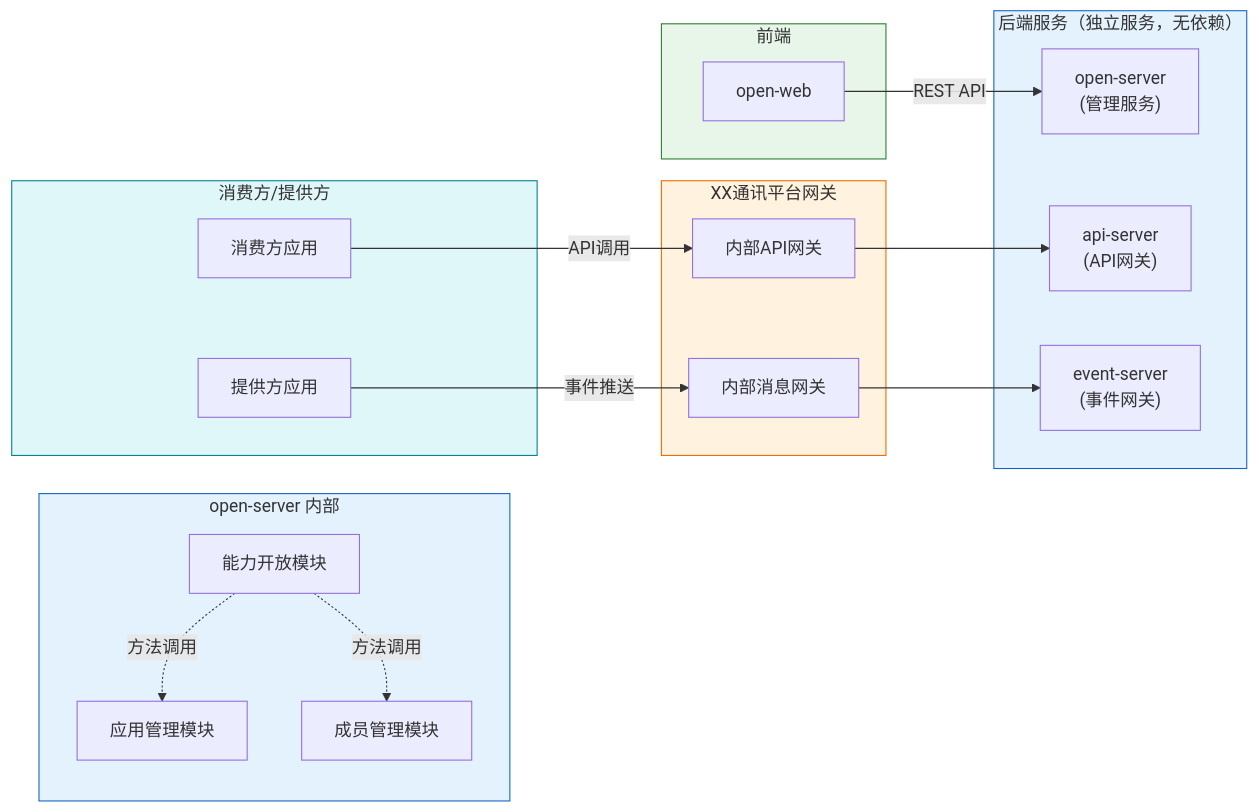
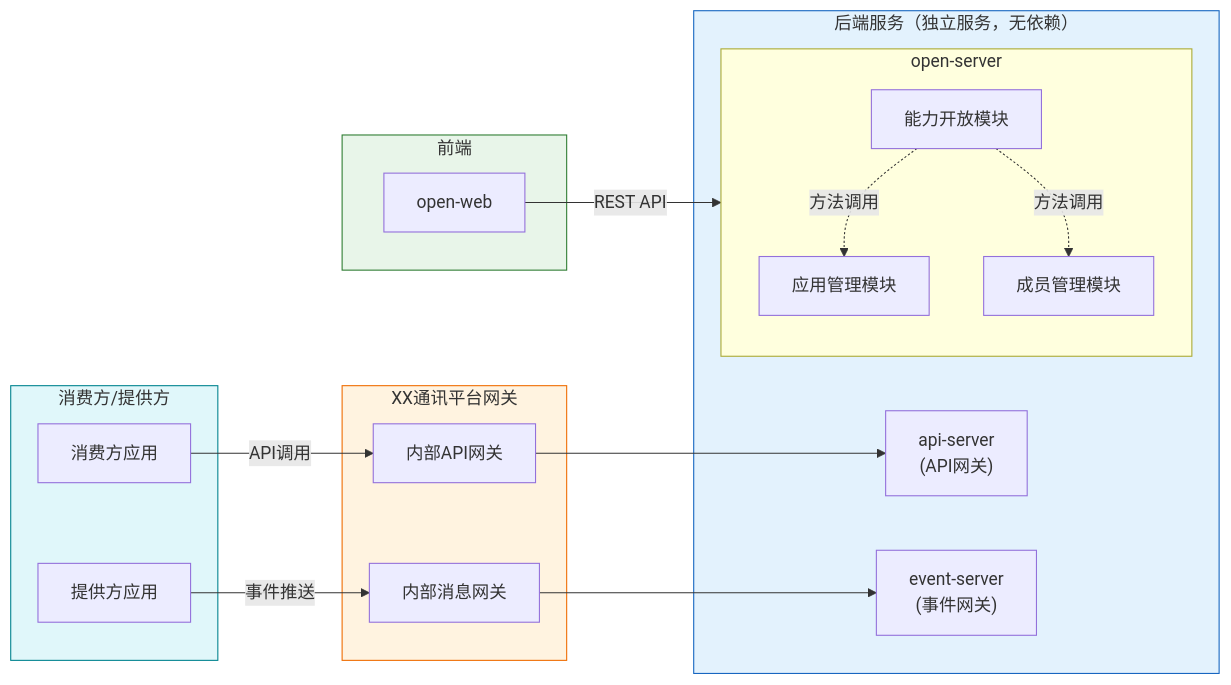
The seventh of 8 diagrams in .sddu/specs-tree-root/specs-tree-capability-open-platform/plan.md (THZSummer/open-app), drawn with Mermaid before and after one commit. The commit also changed other lines of this file, not shown here.

First line of the commit message:
refactor(plan): 简化架构图，合并重复的open-server节点

````diff
--- a/.sddu/specs-tree-root/specs-tree-capability-open-platform/plan.md
+++ b/.sddu/specs-tree-root/specs-tree-capability-open-platform/plan.md
@@ -717,47 +711,44 @@
 ```mermaid
 graph LR
     subgraph Frontend["前端"]
         OpenWeb["open-web"]
     end
     
-    subgraph OpenServerInternal["open-server 内部"]
-        CapMgmt["能力开放模块"]
-        AppMgmt["应用管理模块"]
-        Member["成员管理模块"]
-    end
-    
     subgraph Services["后端服务（独立服务，无依赖）"]
-        OpenServer["open-server\n(管理服务)"]
+        subgraph OpenServer["open-server"]
+            CapMgmt["能力开放模块"]
+            AppMgmt["应用管理模块"]
+            Member["成员管理模块"]
+        end
         ApiServer["api-server\n(API网关)"]
         EventServer["event-server\n(事件网关)"]
     end
     
     subgraph PlatformGW["XX通讯平台网关"]
         ApiGW["内部API网关"]
         MsgGW["内部消息网关"]
     end
     
     subgraph Consumers["消费方/提供方"]
         Consumer["消费方应用"]
         Provider["提供方应用"]
     end
     
     %% open-web 直接连接 open-server
     OpenWeb -->|REST API| OpenServer
     
     %% open-server 内部模块调用
     CapMgmt -.->|方法调用| AppMgmt
     CapMgmt -.->|方法调用| Member
     
     %% 消费方/提供方通过平台网关访问网关服务
     Consumer -->|API调用| ApiGW
     ApiGW --> ApiServer
     Provider -->|事件推送| MsgGW
     MsgGW --> EventServer
     
     style Frontend fill:#e8f5e9,stroke:#2e7d32
-    style OpenServerInternal fill:#e3f2fd,stroke:#1565c0
     style Services fill:#e3f2fd,stroke:#1565c0
     style PlatformGW fill:#fff3e0,stroke:#ef6c00
     style Consumers fill:#e0f7fa,stroke:#00838f
 ```
````
